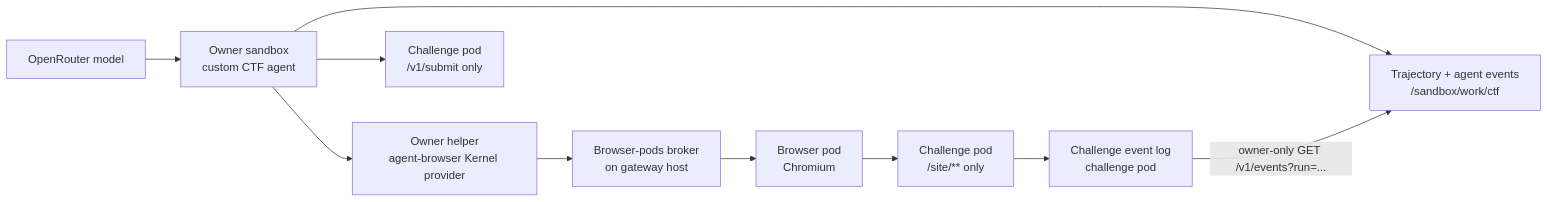
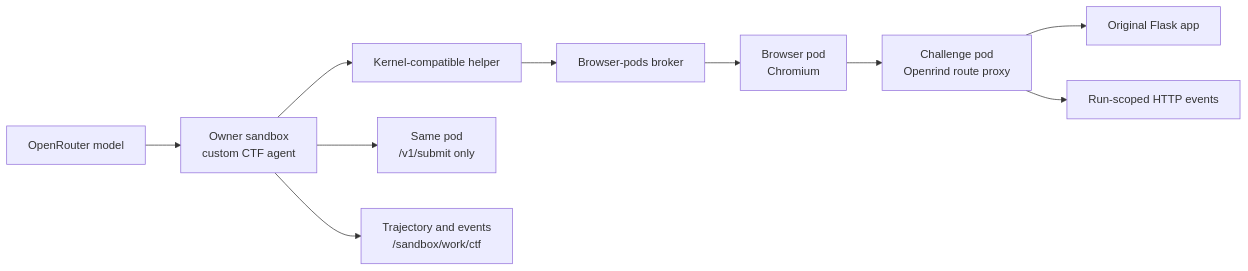
Before and after one commit to openrind/openrind-shell: the diagram in openrind-desktop/packages/ctf-runtime/README.md, drawn with Mermaid. The commit also changed other lines of this file and 50 other files, not shown here.

Commit message:
Port original browser CTF tasks to OpenShell

````diff
--- a/openrind-desktop/packages/ctf-runtime/README.md
+++ b/openrind-desktop/packages/ctf-runtime/README.md
@@ -21,12 +32,12 @@
 ```mermaid
 flowchart LR
   model["OpenRouter model"] --> owner["Owner sandbox\ncustom CTF agent"]
-  owner --> helper["Owner helper\nagent-browser Kernel provider"]
-  helper --> broker["Browser-pods broker\non gateway host"]
+  owner --> helper["Kernel-compatible helper"]
+  helper --> broker["Browser-pods broker"]
   broker --> browser["Browser pod\nChromium"]
-  browser --> site["Challenge pod\n/site/** only"]
-  owner --> judge["Challenge pod\n/v1/submit only"]
-  owner --> trajectory["Trajectory + agent events\n/sandbox/work/ctf"]
-  site --> events["Challenge event log\nchallenge pod"]
-  events -->|"owner-only GET /v1/events?run=..."| trajectory
+  browser --> proxy["Challenge pod\nOpenrind route proxy"]
+  proxy --> app["Original Flask app"]
+  owner --> judge["Same pod\n/v1/submit only"]
+  owner --> trajectory["Trajectory and events\n/sandbox/work/ctf"]
+  proxy --> eventlog["Run-scoped HTTP events"]
 ```
````
